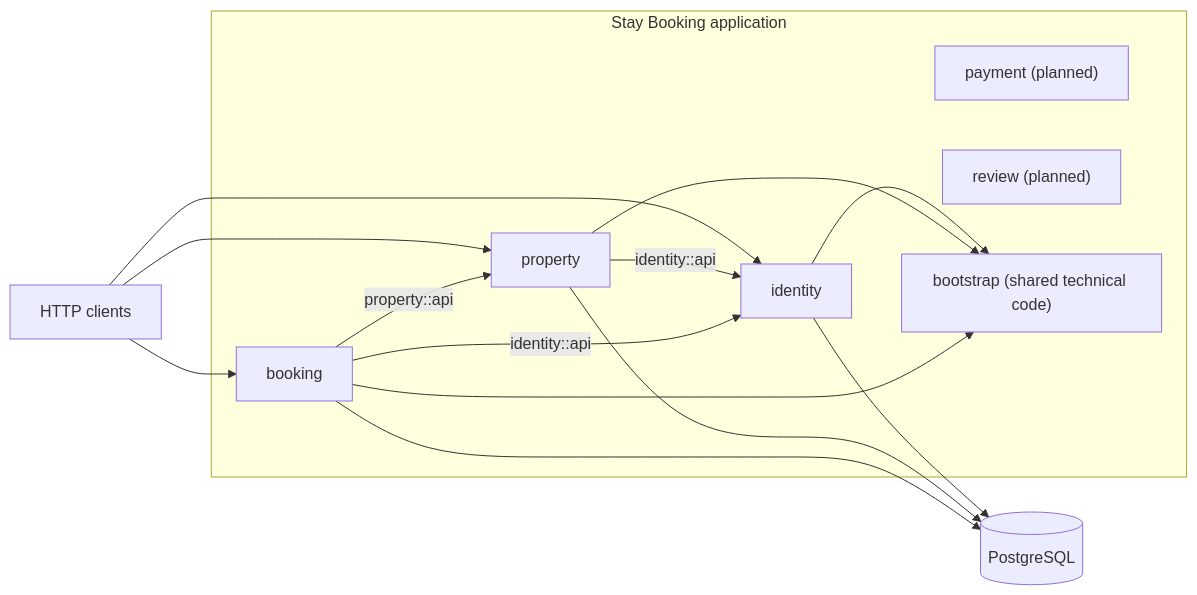
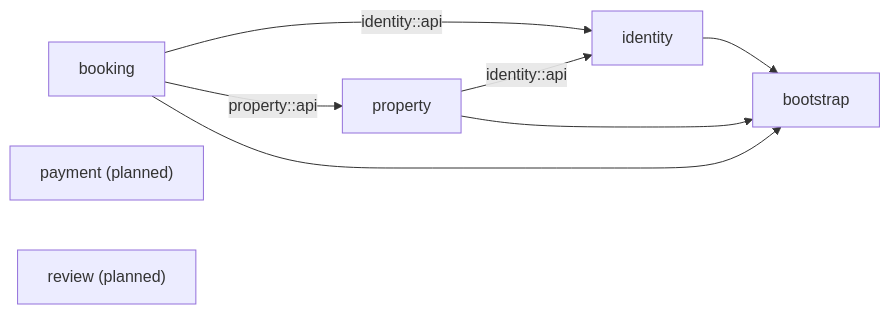
One commit to noren3777/stay-booking changed the diagram in README.md. Above: the diagram before and after it, drawn with Mermaid. The commit also changed other lines of this file, not shown here.

Commit message:
docs: add a first-run guide and booking walkthrough

````diff
--- a/README.md
+++ b/README.md
@@ -20,26 +205,11 @@
 ```mermaid
 flowchart LR
-    Clients["HTTP clients"] --> Identity
-    Clients --> Property
-    Clients --> Booking
-
-    subgraph App["Stay Booking application"]
-        Identity["identity"]
-        Property["property"]
-        Booking["booking"]
-        Payment["payment (planned)"]
-        Review["review (planned)"]
-        Bootstrap["bootstrap (shared technical code)"]
-
-        Property -->|identity::api| Identity
-        Booking -->|identity::api| Identity
-        Booking -->|property::api| Property
-        Identity --> Bootstrap
-        Property --> Bootstrap
-        Booking --> Bootstrap
-    end
-
-    Identity --> DB[(PostgreSQL)]
-    Property --> DB
-    Booking --> DB
+    Identity["identity"] --> Bootstrap["bootstrap"]
+    Property["property"] -->|identity::api| Identity
+    Property --> Bootstrap
+    Booking["booking"] -->|identity::api| Identity
+    Booking -->|property::api| Property
+    Booking --> Bootstrap
+    Payment["payment (planned)"]
+    Review["review (planned)"]
 ```
````
